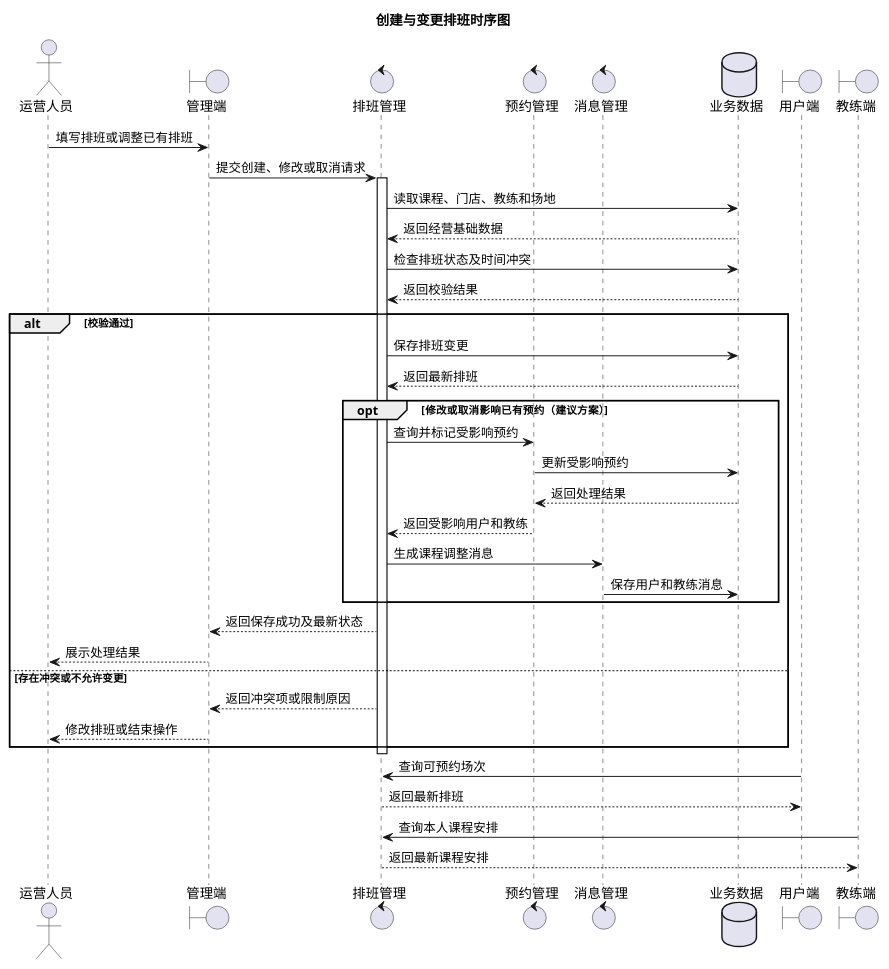
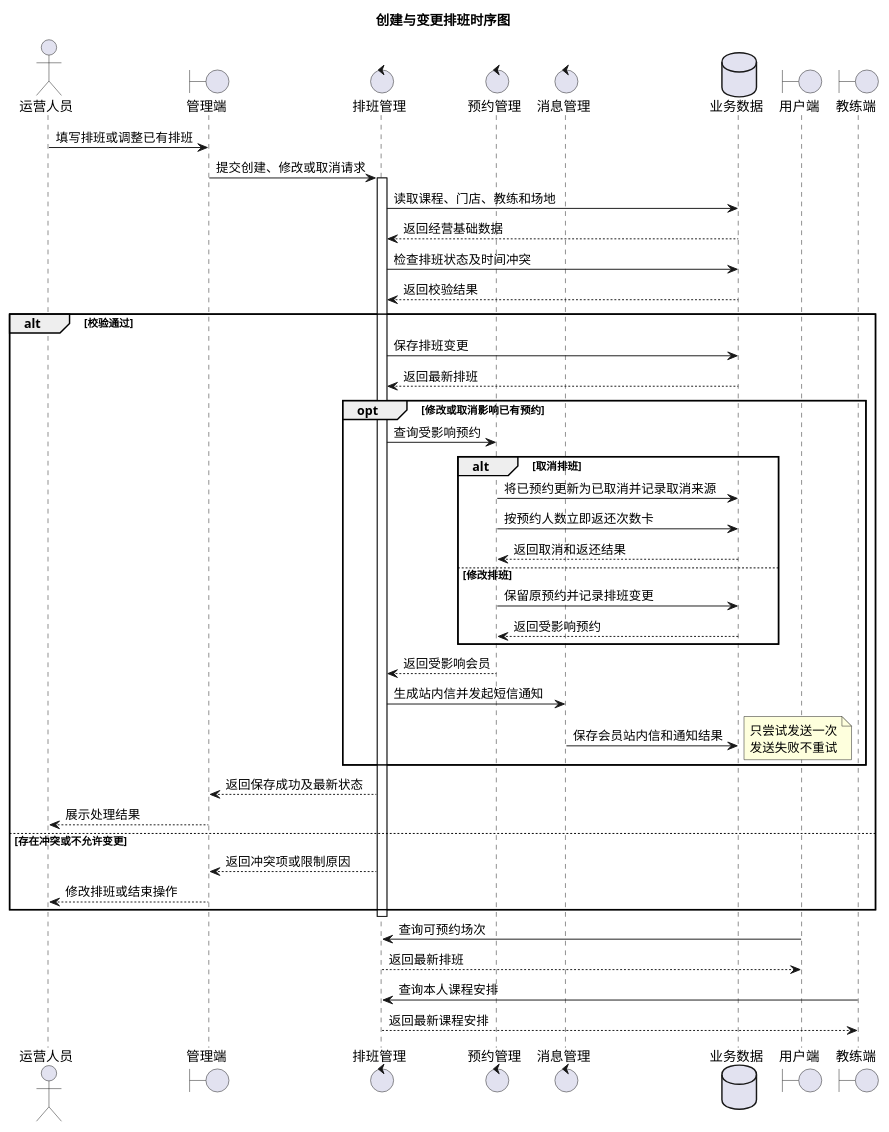
One commit to duo2530/techplant-yoga changed the third of 4 diagrams in docs/概要设计/概要设计.md. Above: the diagram before and after it, drawn with PlantUML. The commit also changed other lines of this file and 323 other files, not shown here.

````diff
--- a/docs/概要设计/概要设计.md
+++ b/docs/概要设计/概要设计.md
@@ -180,48 +284,58 @@
 ```plantuml
 @startuml
 title 创建与变更排班时序图
 
 actor 运营人员
 boundary 管理端
 control 排班管理
 control 预约管理
 control 消息管理
 database 业务数据
 boundary 用户端
 boundary 教练端
 
 运营人员 -> 管理端 : 填写排班或调整已有排班
 管理端 -> 排班管理 : 提交创建、修改或取消请求
 activate 排班管理
 排班管理 -> 业务数据 : 读取课程、门店、教练和场地
 业务数据 --> 排班管理 : 返回经营基础数据
 排班管理 -> 业务数据 : 检查排班状态及时间冲突
 业务数据 --> 排班管理 : 返回校验结果
 
 alt 校验通过
   排班管理 -> 业务数据 : 保存排班变更
   业务数据 --> 排班管理 : 返回最新排班
 
-  opt 修改或取消影响已有预约（建议方案）
-    排班管理 -> 预约管理 : 查询并标记受影响预约
-    预约管理 -> 业务数据 : 更新受影响预约
-    业务数据 --> 预约管理 : 返回处理结果
-    预约管理 --> 排班管理 : 返回受影响用户和教练
-    排班管理 -> 消息管理 : 生成课程调整消息
-    消息管理 -> 业务数据 : 保存用户和教练消息
+  opt 修改或取消影响已有预约
+    排班管理 -> 预约管理 : 查询受影响预约
+    alt 取消排班
+      预约管理 -> 业务数据 : 将已预约更新为已取消并记录取消来源
+      预约管理 -> 业务数据 : 按预约人数立即返还次数卡
+      业务数据 --> 预约管理 : 返回取消和返还结果
+    else 修改排班
+      预约管理 -> 业务数据 : 保留原预约并记录排班变更
+      业务数据 --> 预约管理 : 返回受影响预约
+    end
+    预约管理 --> 排班管理 : 返回受影响会员
+    排班管理 -> 消息管理 : 生成站内信并发起短信通知
+    消息管理 -> 业务数据 : 保存会员站内信和通知结果
+    note right
+    只尝试发送一次
+    发送失败不重试
+    end note
   end
 
   排班管理 --> 管理端 : 返回保存成功及最新状态
   管理端 --> 运营人员 : 展示处理结果
 else 存在冲突或不允许变更
   排班管理 --> 管理端 : 返回冲突项或限制原因
   管理端 --> 运营人员 : 修改排班或结束操作
 end
 deactivate 排班管理
 
 用户端 -> 排班管理 : 查询可预约场次
 排班管理 --> 用户端 : 返回最新排班
 教练端 -> 排班管理 : 查询本人课程安排
 排班管理 --> 教练端 : 返回最新课程安排
 @enduml
 ```
````
